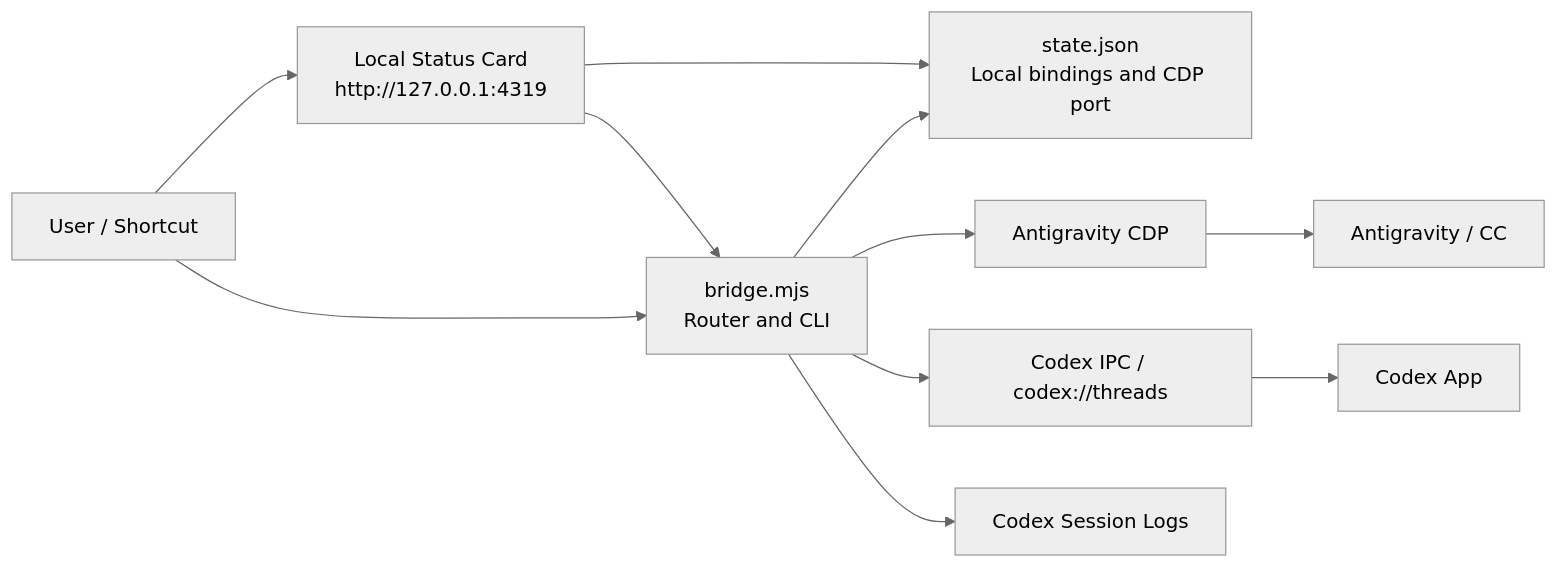
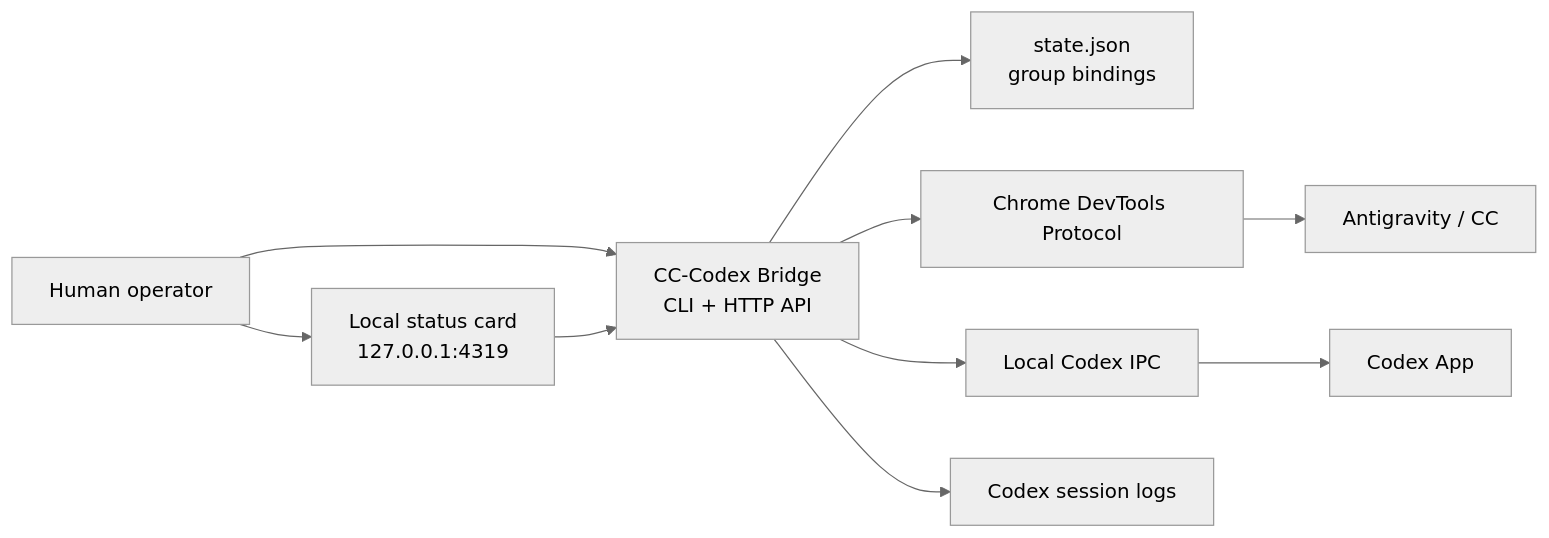
Before and after one commit to sefuzhou770801-hub/ag-pilot: the diagram in README.md, drawn with Mermaid (neutral theme). The commit also changed other lines of this file and 5 other files, not shown here.

Commit message:
Polish README and bridge card UI

````diff
--- a/README.md
+++ b/README.md
@@ -18,23 +67,22 @@
 ```mermaid
 flowchart LR
-  User["User / Shortcut"]
-  Card["Local Status Card<br/>http://127.0.0.1:4319"]
-  Bridge["bridge.mjs<br/>Router and CLI"]
-  State["state.json<br/>Local bindings and CDP port"]
+  Human["Human operator"]
+  Card["Local status card<br/>127.0.0.1:4319"]
+  Bridge["CC-Codex Bridge<br/>CLI + HTTP API"]
+  State["state.json<br/>group bindings"]
   AG["Antigravity / CC"]
-  CDP["Antigravity CDP"]
-  CodexApp["Codex App"]
-  IPC["Codex IPC / codex://threads"]
-  Logs["Codex Session Logs"]
+  CDP["Chrome DevTools Protocol"]
+  Codex["Codex App"]
+  IPC["Local Codex IPC"]
+  Logs["Codex session logs"]
 
-  User --> Card
-  User --> Bridge
-  Card --> State
+  Human --> Card
+  Human --> Bridge
   Card --> Bridge
   Bridge --> State
   Bridge --> CDP
   CDP --> AG
   Bridge --> IPC
-  IPC --> CodexApp
+  IPC --> Codex
   Bridge --> Logs
 ```
````
